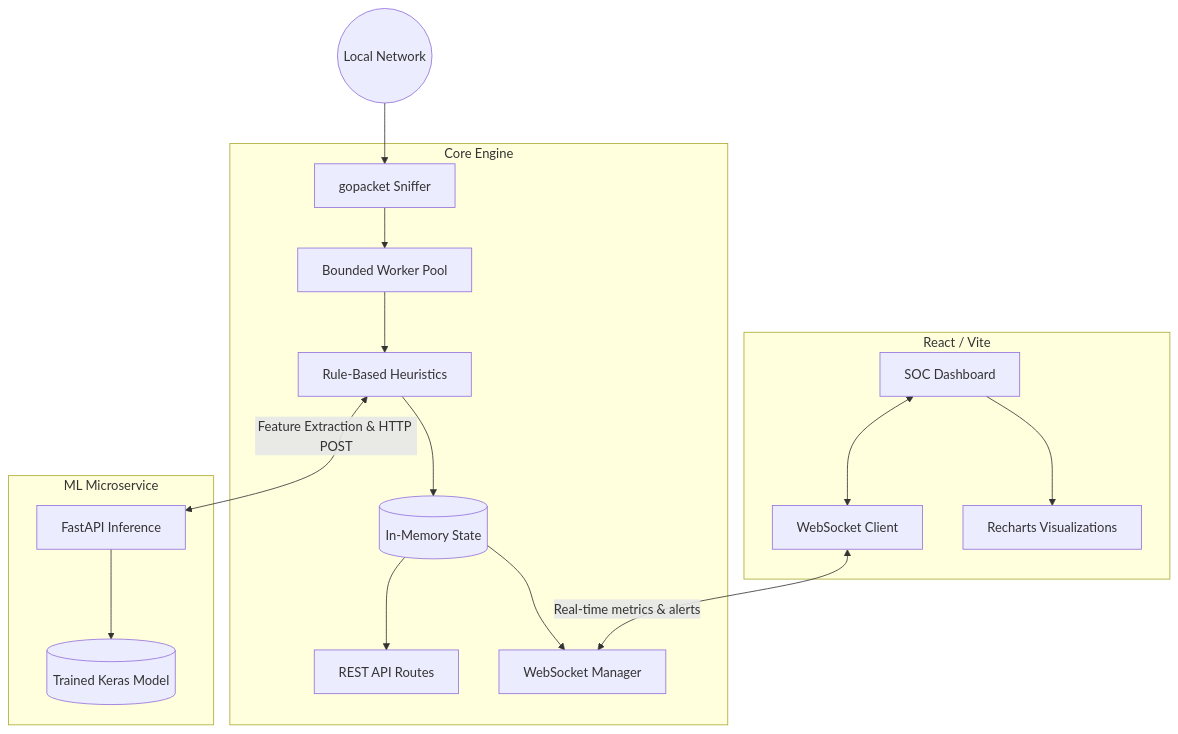
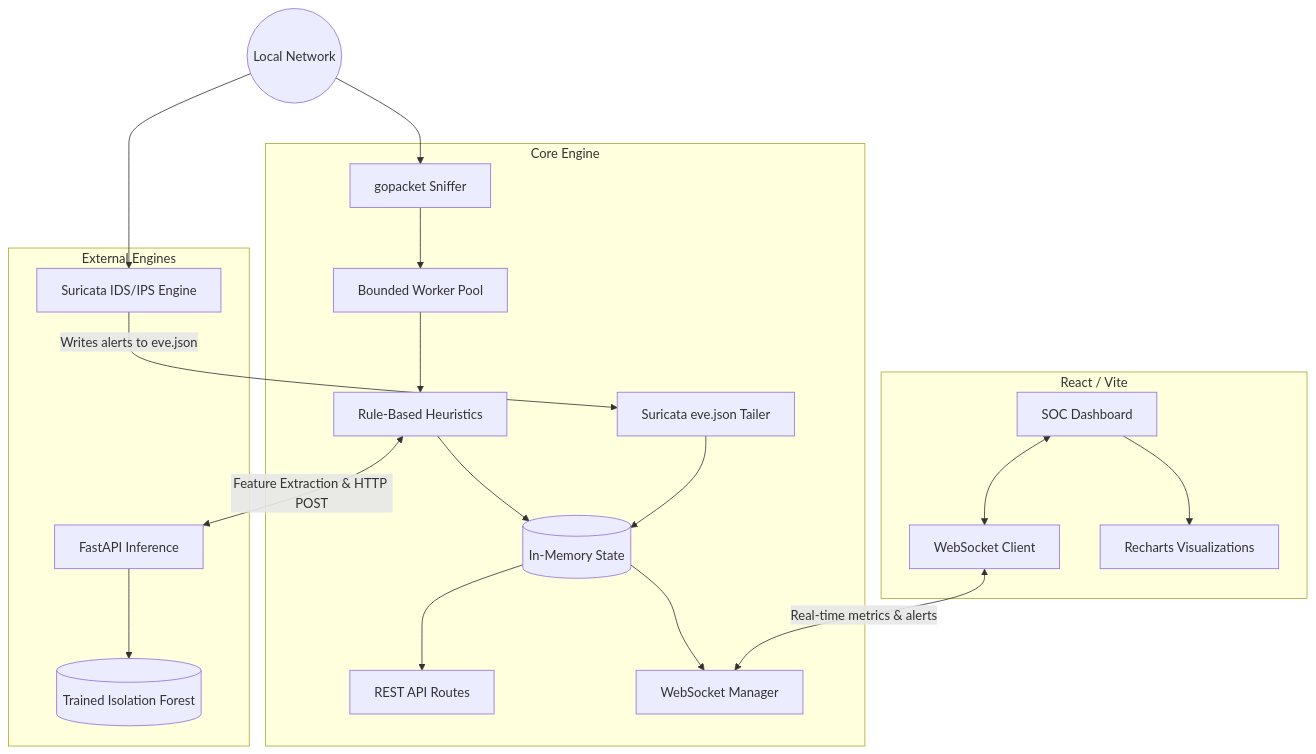
Before and after one commit to Achyuthjogi/unstable-IDPS: the diagram in README.md, drawn with Mermaid. The commit also changed other lines of this file and 17 other files, not shown here.

Commit message:
integrate Suricata IDS support, migrate ML inference to joblib-based Isolation Forest, and update firewall and frontend components

````diff
--- a/README.md
+++ b/README.md
@@ -23,37 +24,42 @@
 ```mermaid
 graph TD
     subgraph Frontend [React / Vite]
         UI[SOC Dashboard]
         WS_Client[WebSocket Client]
         Charts[Recharts Visualizations]
         
         UI --> Charts
         UI <--> WS_Client
     end
 
     subgraph Go Backend [Core Engine]
         API[REST API Routes]
         WS_Server[WebSocket Manager]
         State[(In-Memory State)]
         Detection[Rule-Based Heuristics]
+        SuricataTail[Suricata eve.json Tailer]
         Capture[gopacket Sniffer]
         WorkerPool[Bounded Worker Pool]
         
         Capture --> WorkerPool
         WorkerPool --> Detection
         Detection --> State
+        SuricataTail --> State
         State --> WS_Server
         State --> API
     end
     
-    subgraph Python Backend [ML Microservice]
+    subgraph External Engines
         ML_API[FastAPI Inference]
-        DNN[(Trained Keras Model)]
+        ML_MODEL[(Trained Isolation Forest)]
+        Suricata[Suricata IDS/IPS Engine]
         
-        ML_API --> DNN
+        ML_API --> ML_MODEL
     end
 
     Detection <-->|Feature Extraction & HTTP POST| ML_API
+    Suricata -->|Writes alerts to eve.json| SuricataTail
     WS_Client <-->|Real-time metrics & alerts| WS_Server
     Network((Local Network)) --> Capture
+    Network --> Suricata
 ```
````
